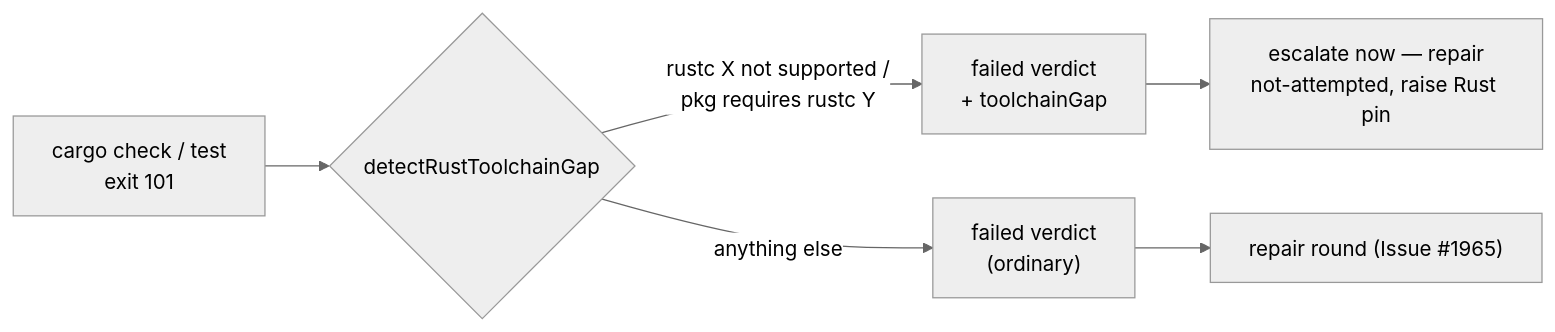
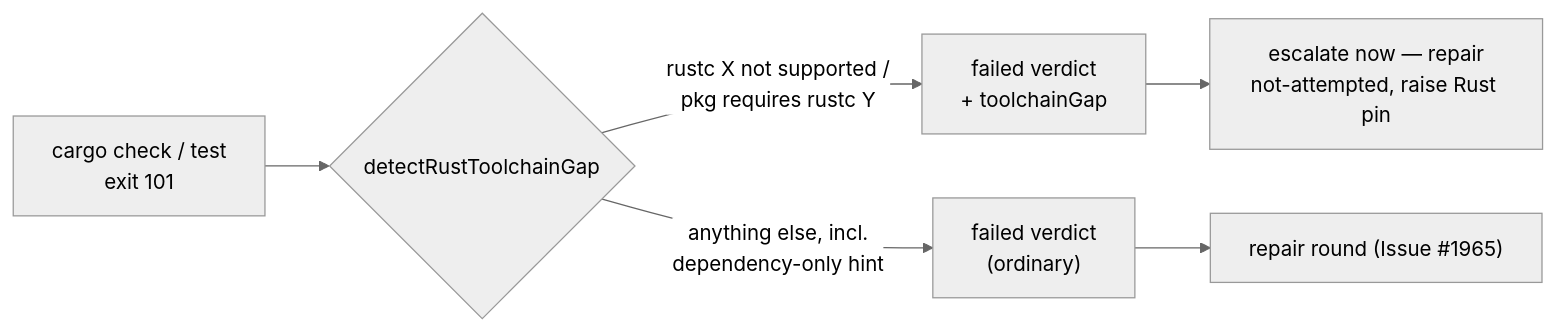
The diagram in docs/archive/pr-summaries/pr-summary-3255.md (stSoftwareAU/VibeCoder), drawn with Mermaid (neutral theme) before and after one commit. The commit also changed other lines of this file and 7 other files, not shown here.

First line of the commit message:
Keep cargo's dependency-only MSRV refusal repairable (#3255 review)

````diff
--- a/docs/archive/pr-summaries/pr-summary-3255.md
+++ b/docs/archive/pr-summaries/pr-summary-3255.md
@@ -43,8 +44,8 @@
 ```mermaid
 flowchart LR
     C["cargo check / test<br/>exit 101"] --> D{"detectRustToolchainGap"}
     D -->|"rustc X not supported /<br/>pkg requires rustc Y"| G["failed verdict<br/>+ toolchainGap"]
-    D -->|"anything else"| F["failed verdict<br/>(ordinary)"]
+    D -->|"anything else, incl.<br/>dependency-only hint"| F["failed verdict<br/>(ordinary)"]
     G --> E["escalate now — repair<br/>not-attempted, raise Rust pin"]
     F --> R["repair round (Issue #1965)"]
 ```
````
